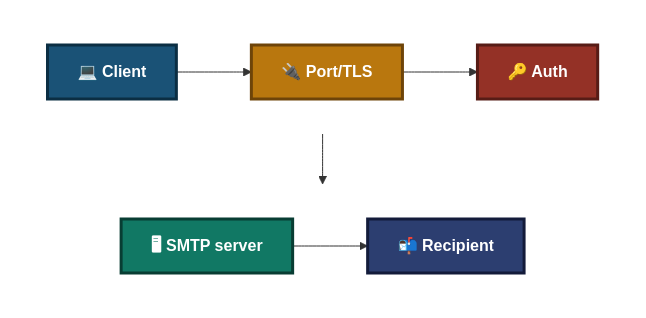
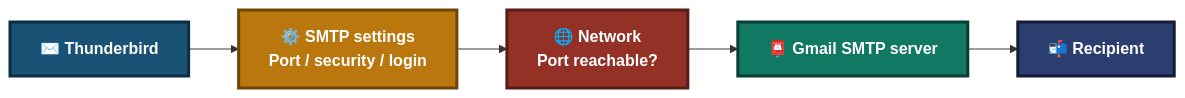
The second of 5 diagrams in 01-Video-knowledge-base/01.2-Email-Sending-Failure.md (malaika-azhar/Customer-Tech-Support-Portfolio), drawn with Mermaid before and after one commit. The commit also changed other lines of this file, not shown here.

````diff
--- a/01-Video-knowledge-base/01.2-Email-Sending-Failure.md
+++ b/01-Video-knowledge-base/01.2-Email-Sending-Failure.md
@@ -173,20 +219,10 @@
 ```mermaid
-flowchart TD
-    subgraph R1[" "]
-        direction LR
-        A["💻 Client"]:::a --> B["🔌 Port/TLS"]:::b --> C["🔑 Auth"]:::c
-    end
-    subgraph R2[" "]
-        direction LR
-        D["🖥 SMTP server"]:::d --> E["📬 Recipient"]:::e
-    end
-    R1 --> R2
+flowchart LR
+    A["✉️ Thunderbird"]:::a --> B["⚙️ SMTP settings<br/>Port / security / login"]:::b --> C["🌐 Network<br/>Port reachable?"]:::c --> D["📮 Gmail SMTP server"]:::d --> E["📬 Recipient"]:::e
 
     classDef a fill:#1A5276,stroke:#0B2E43,stroke-width:3px,color:#FFFFFF,font-weight:bold
     classDef b fill:#B9770E,stroke:#6E4409,stroke-width:3px,color:#FFFFFF,font-weight:bold
     classDef c fill:#943126,stroke:#571C16,stroke-width:3px,color:#FFFFFF,font-weight:bold
     classDef d fill:#117864,stroke:#083D33,stroke-width:3px,color:#FFFFFF,font-weight:bold
     classDef e fill:#2C3E70,stroke:#131B3A,stroke-width:3px,color:#FFFFFF,font-weight:bold
-    style R1 fill:none,stroke:none
-    style R2 fill:none,stroke:none
 ```
````
